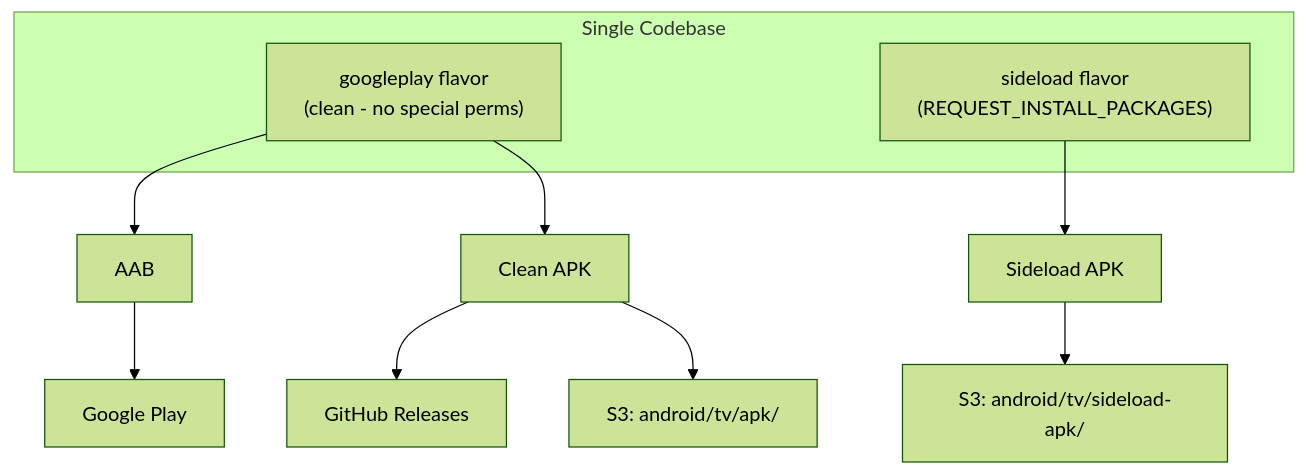
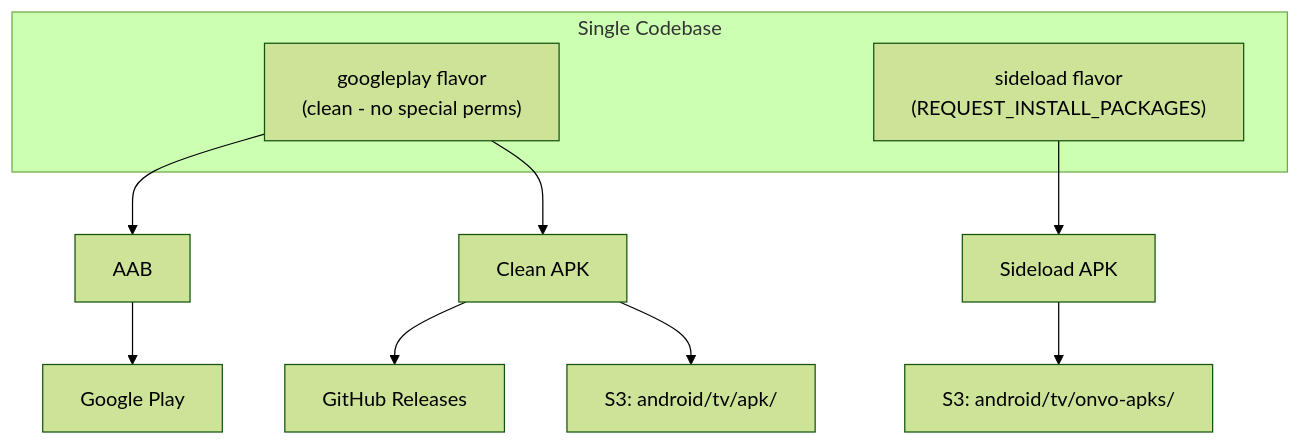
Before and after one commit to YassinNouh21/android-tv-app: the first of 4 diagrams in docs/update-logic.md, drawn with Mermaid (forest theme). The commit also changed other lines of this file and 3 other files, not shown here.

````diff
--- a/docs/update-logic.md
+++ b/docs/update-logic.md
@@ -5,16 +5,16 @@
 ```mermaid
 graph TD
     subgraph Codebase["Single Codebase"]
         GP["googleplay flavor<br/>(clean - no special perms)"]
         SL["sideload flavor<br/>(REQUEST_INSTALL_PACKAGES)"]
     end
 
     GP --> AAB["AAB"]
     GP --> APK_CLEAN["Clean APK"]
     SL --> APK_SIDE["Sideload APK"]
 
     AAB --> PLAY["Google Play"]
     APK_CLEAN --> GITHUB["GitHub Releases"]
     APK_CLEAN --> S3_APK["S3: android/tv/apk/"]
-    APK_SIDE --> S3_SIDE["S3: android/tv/sideload-apk/"]
+    APK_SIDE --> S3_SIDE["S3: android/tv/onvo-apks/"]
 ```
````
